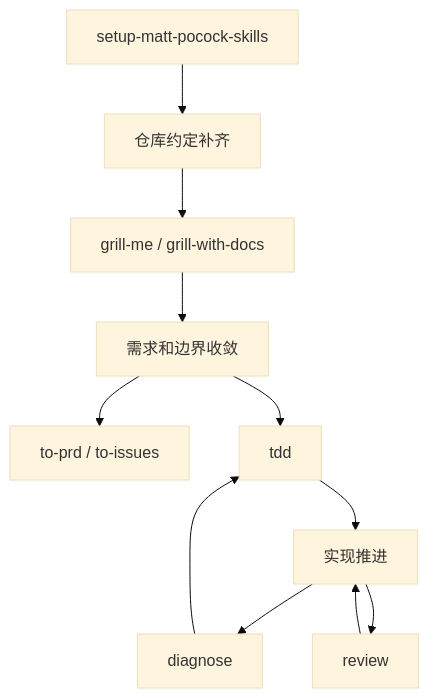
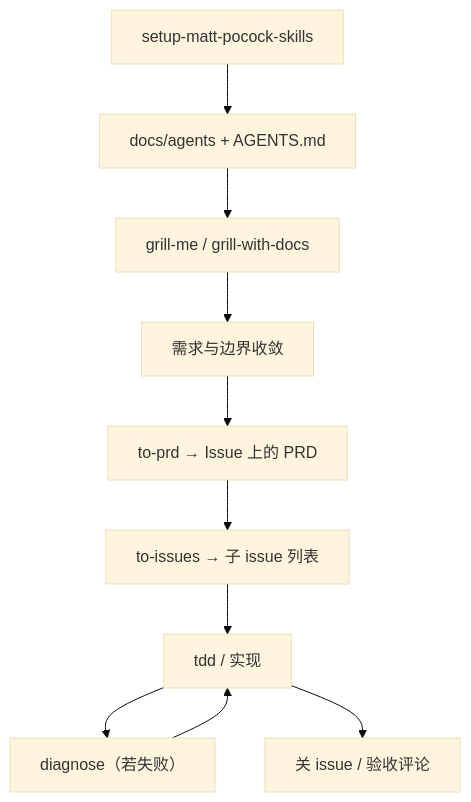
Before and after one commit to zhijunio/zhijunio.github.io: the diagram in content/posts/tech/2026-05-15-mattpocock-skills-安装、使用与快速上手示例.md, drawn with Mermaid (base theme). The commit also changed other lines of this file and 17 other files, not shown here.

````diff
--- a/content/posts/tech/2026-05-15-mattpocock-skills-安装、使用与快速上手示例.md
+++ b/content/posts/tech/2026-05-15-mattpocock-skills-安装、使用与快速上手示例.md
@@ -175,13 +185,12 @@
 ```mermaid
 flowchart TD
-    A["setup-matt-pocock-skills"] --> B["仓库约定补齐"]
+    A["setup-matt-pocock-skills"] --> B["docs/agents + AGENTS.md"]
     B --> C["grill-me / grill-with-docs"]
-    C --> D["需求和边界收敛"]
-    D --> E["to-prd / to-issues"]
-    D --> F["tdd"]
-    F --> G["实现推进"]
-    G --> H["diagnose"]
-    G --> I["review"]
-    H --> F
-    I --> G
+    C --> D["需求与边界收敛"]
+    D --> E["to-prd → Issue 上的 PRD"]
+    E --> F["to-issues → 子 issue 列表"]
+    F --> G["tdd / 实现"]
+    G --> H["diagnose（若失败）"]
+    H --> G
+    G --> I["关 issue / 验收评论"]
 ```
````
